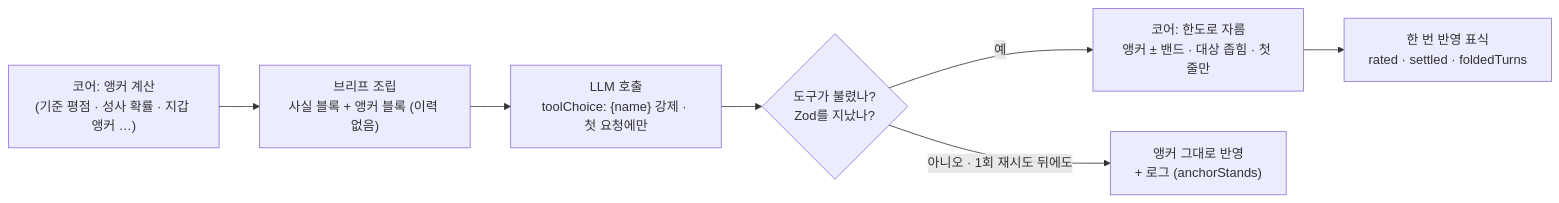
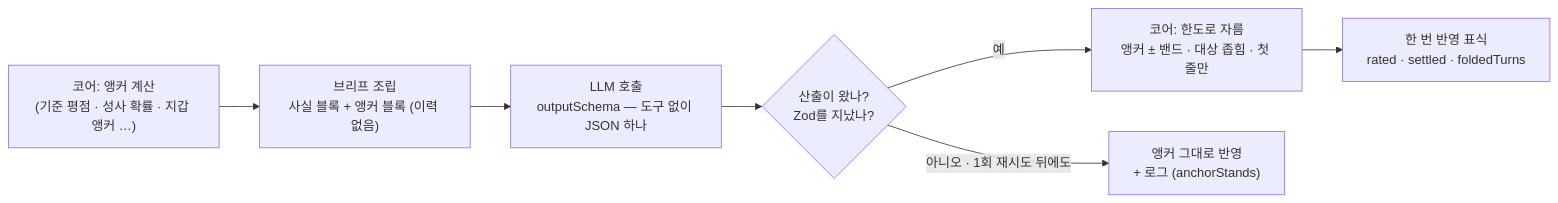
Before and after one commit to dhoonjang/story-fm: the eighth of 10 diagrams in docs/llm/pipeline.md, drawn with Mermaid. The commit also changed other lines of this file and 50 other files, not shown here.

````diff
--- a/docs/llm/pipeline.md
+++ b/docs/llm/pipeline.md
@@ -353,13 +353,13 @@
 ```mermaid
 flowchart LR
   A["코어: 앵커 계산<br/>(기준 평점 · 성사 확률 · 지갑 앵커 …)"]
   B["브리프 조립<br/>사실 블록 + 앵커 블록 (이력 없음)"]
-  C["LLM 호출<br/>toolChoice: {name} 강제 · 첫 요청에만"]
-  D{"도구가 불렸나?<br/>Zod를 지났나?"}
+  C["LLM 호출<br/>outputSchema — 도구 없이 JSON 하나"]
+  D{"산출이 왔나?<br/>Zod를 지났나?"}
   E["코어: 한도로 자름<br/>앵커 ± 밴드 · 대상 좁힘 · 첫 줄만"]
   F["한 번 반영 표식<br/>rated · settled · foldedTurns"]
   G["앵커 그대로 반영<br/>+ 로그 (anchorStands)"]
   A --> B --> C --> D
   D -->|예| E --> F
   D -->|"아니오 · 1회 재시도 뒤에도"| G
 ```
````
